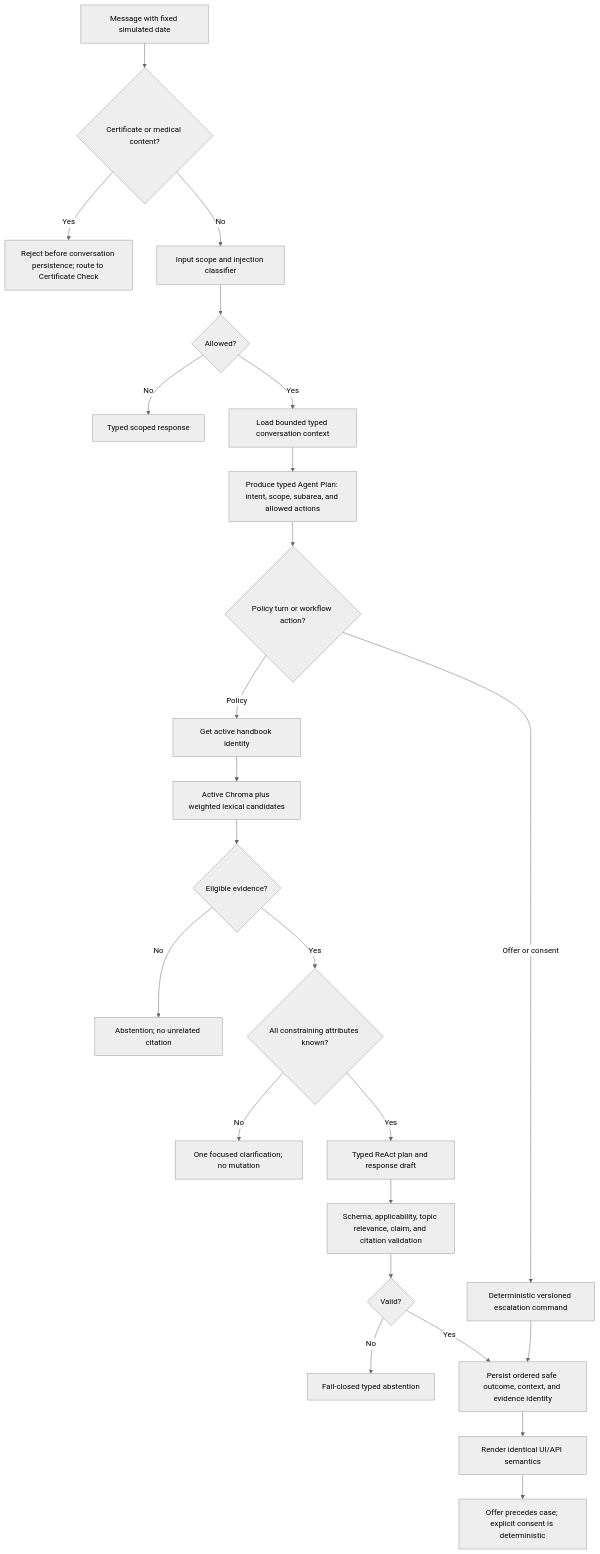
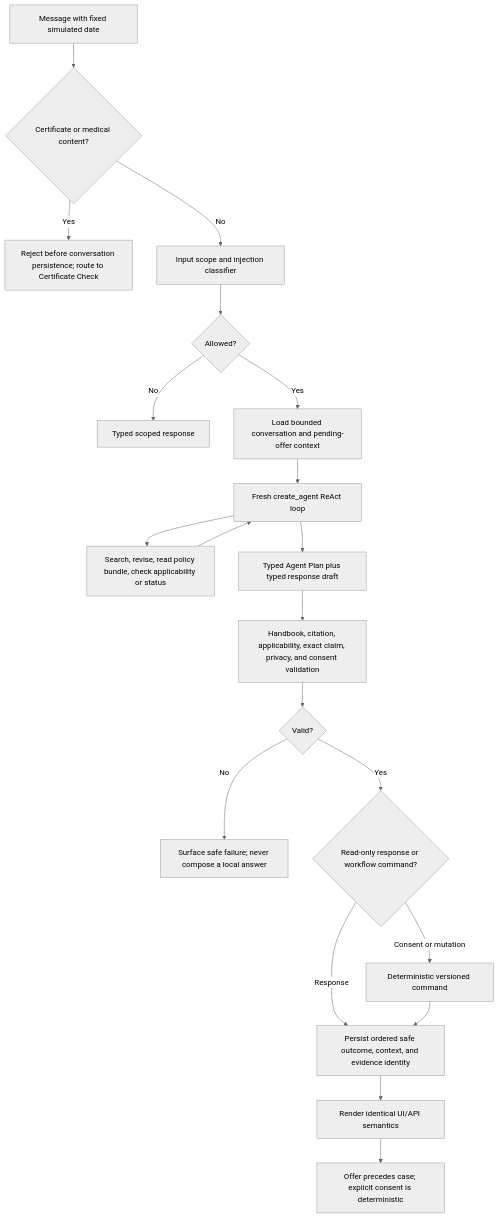
The second of 6 diagrams in docs/ARCHITECTURE_DIAGRAMS.md (Mateogas/STAI), drawn with Mermaid (neutral theme) before and after one commit. The commit also changed other lines of this file and 25 other files, not shown here.

Commit message:
Fix bounded ReAct execution and update handoff

````diff
--- a/docs/ARCHITECTURE_DIAGRAMS.md
+++ b/docs/ARCHITECTURE_DIAGRAMS.md
@@ -58,26 +68,22 @@
 ```mermaid
 flowchart TD
     Start["Message with fixed simulated date"] --> MedicalRoute{"Certificate or medical content?"}
     MedicalRoute -- Yes --> RejectChat["Reject before conversation persistence; route to Certificate Check"]
     MedicalRoute -- No --> Classify["Input scope and injection classifier"]
     Classify --> Allowed{"Allowed?"}
     Allowed -- No --> Scoped["Typed scoped response"]
-    Allowed -- Yes --> Context["Load bounded typed conversation context"]
-    Context --> Resolve["Produce typed Agent Plan: intent, scope, subarea, and allowed actions"]
-    Resolve --> Action{"Policy turn or workflow action?"}
-    Action -- "Offer or consent" --> Workflow["Deterministic versioned escalation command"]
-    Action -- "Policy" --> Version["Get active handbook identity"]
-    Version --> Search["Active Chroma plus weighted lexical candidates"]
-    Search --> Found{"Eligible evidence?"}
-    Found -- No --> Abstain["Abstention; no unrelated citation"]
-    Found -- Yes --> Applicable{"All constraining attributes known?"}
-    Applicable -- No --> Clarify["One focused clarification; no mutation"]
-    Applicable -- Yes --> Claim["Typed ReAct plan and response draft"]
-    Claim --> Validate["Schema, applicability, topic relevance, claim, and citation validation"]
+    Allowed -- Yes --> Context["Load bounded conversation and pending-offer context"]
+    Context --> ReAct["Fresh create_agent ReAct loop"]
+    ReAct --> Tools["Search, revise, read policy bundle, check applicability or status"]
+    Tools --> ReAct
+    ReAct --> Draft["Typed Agent Plan plus typed response draft"]
+    Draft --> Validate["Handbook, citation, applicability, exact claim, privacy, and consent validation"]
     Validate --> Valid{"Valid?"}
-    Valid -- No --> SafeAbstain["Fail-closed typed abstention"]
-    Valid -- Yes --> Persist["Persist ordered safe outcome, context, and evidence identity"]
+    Valid -- No --> Error["Surface safe failure; never compose a local answer"]
+    Valid -- Yes --> Action{"Read-only response or workflow command?"}
+    Action -- "Response" --> Persist["Persist ordered safe outcome, context, and evidence identity"]
+    Action -- "Consent or mutation" --> Workflow["Deterministic versioned command"]
     Workflow --> Persist
     Persist --> Render["Render identical UI/API semantics"]
     Render --> OfferOnly["Offer precedes case; explicit consent is deterministic"]
 ```
````
